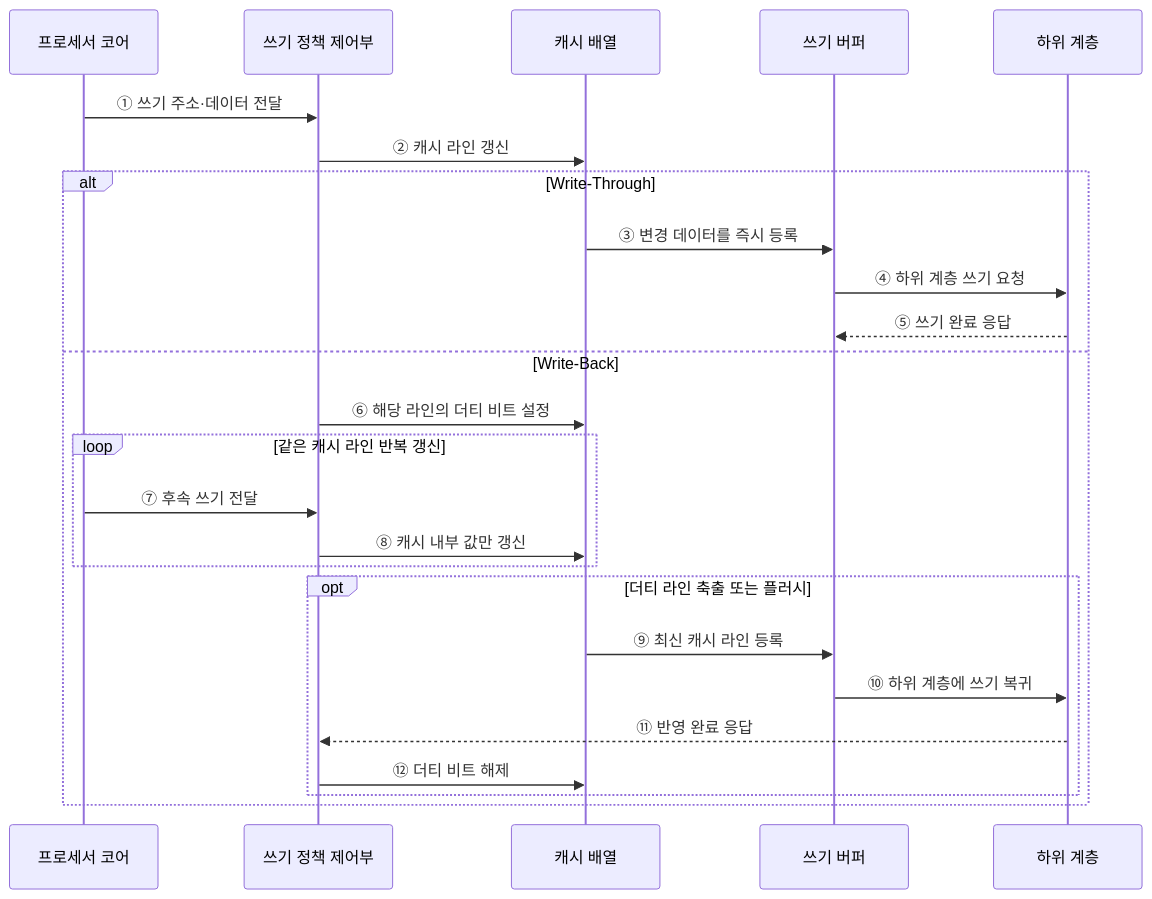
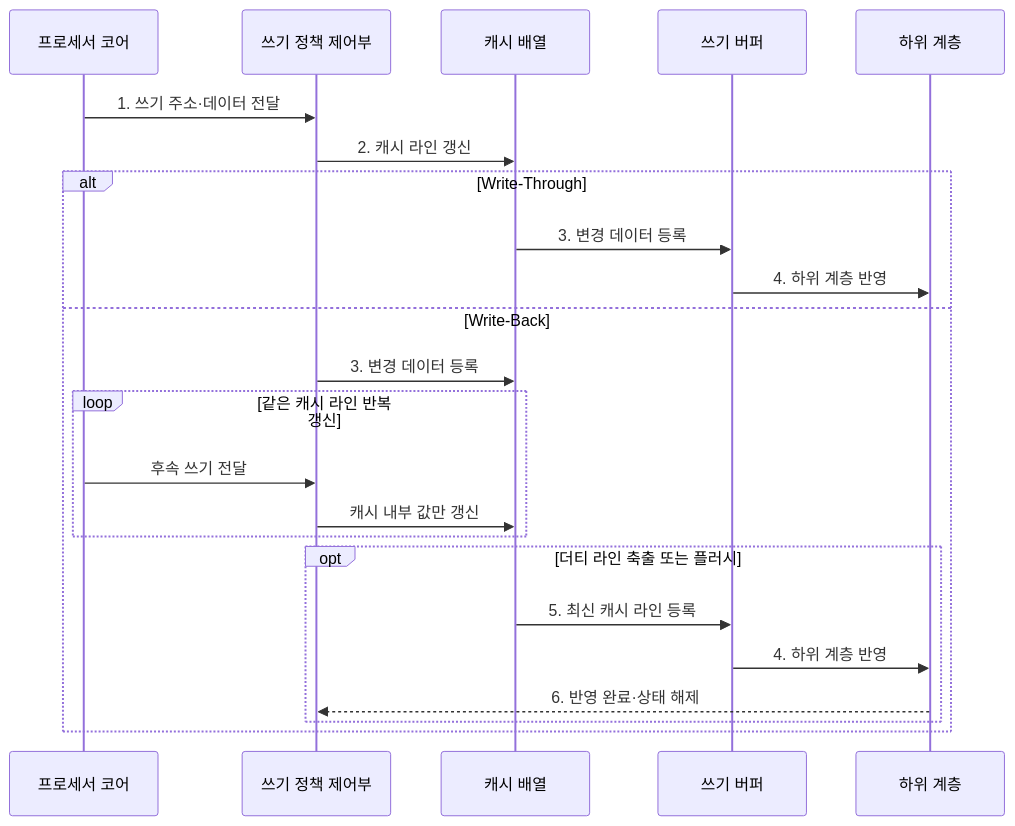
Before and after one commit to agnusdei1207/knowledge-base: the second of 2 diagrams in src/content/docs/notes/02-hardware/013_cache_write_policy.md, drawn with Mermaid. The commit also changed other lines of this file and 20 other files, not shown here.

````diff
--- a/src/content/docs/notes/02-hardware/013_cache_write_policy.md
+++ b/src/content/docs/notes/02-hardware/013_cache_write_policy.md
@@ -79,28 +84,26 @@
 ```mermaid
 sequenceDiagram
     participant C as 프로세서 코어
     participant P as 쓰기 정책 제어부
     participant A as 캐시 배열
     participant W as 쓰기 버퍼
     participant L as 하위 계층
 
-    C->>P: ① 쓰기 주소·데이터 전달
-    P->>A: ② 캐시 라인 갱신
+    C->>P: 1. 쓰기 주소·데이터 전달
+    P->>A: 2. 캐시 라인 갱신
     alt Write-Through
-        A->>W: ③ 변경 데이터를 즉시 등록
-        W->>L: ④ 하위 계층 쓰기 요청
-        L-->>W: ⑤ 쓰기 완료 응답
+        A->>W: 3. 변경 데이터 등록
+        W->>L: 4. 하위 계층 반영
     else Write-Back
-        P->>A: ⑥ 해당 라인의 더티 비트 설정
+        P->>A: 3. 변경 데이터 등록
         loop 같은 캐시 라인 반복 갱신
-            C->>P: ⑦ 후속 쓰기 전달
-            P->>A: ⑧ 캐시 내부 값만 갱신
+            C->>P: 후속 쓰기 전달
+            P->>A: 캐시 내부 값만 갱신
         end
         opt 더티 라인 축출 또는 플러시
-            A->>W: ⑨ 최신 캐시 라인 등록
-            W->>L: ⑩ 하위 계층에 쓰기 복귀
-            L-->>P: ⑪ 반영 완료 응답
-            P->>A: ⑫ 더티 비트 해제
+            A->>W: 5. 최신 캐시 라인 등록
+            W->>L: 4. 하위 계층 반영
+            L-->>P: 6. 반영 완료·상태 해제
         end
     end
 ```
````
